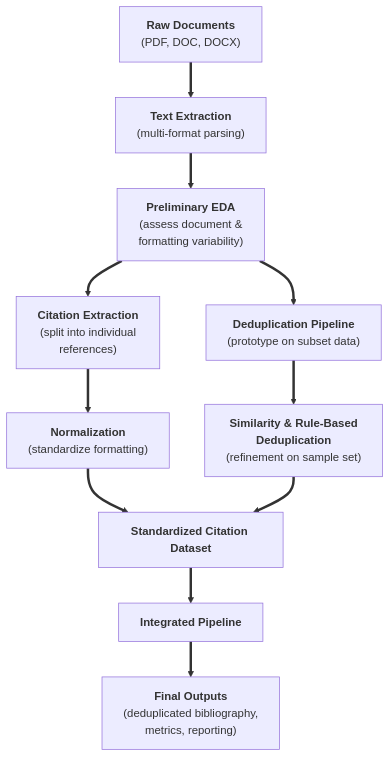
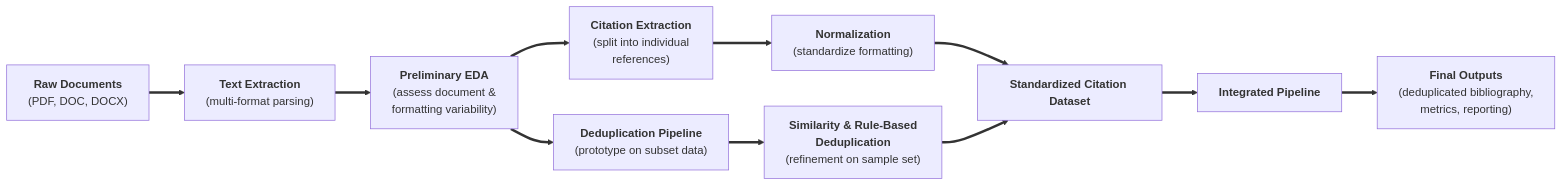
The diagram in README.md (sed4kq/Youth-Nex-Capstone), drawn with Mermaid before and after one commit.

Commit message:
Change flowchart direction from TB to LR
Updated flowchart direction from TB to LR.

````diff
--- a/README.md
+++ b/README.md
@@ -4,22 +4,22 @@
 ```mermaid
-flowchart TB
+flowchart LR
 
 A["<b>Raw Documents</b><br/>(PDF, DOC, DOCX)"] ==> B["<b>Text Extraction</b><br/>(multi-format parsing)"]
 
 B ==> C["<b>Preliminary EDA</b><br/>(assess document &<br/>formatting variability)"]
 
 C ==> D["<b>Citation Extraction</b><br/>(split into individual<br/>references)"]
 D ==> N["<b>Normalization</b><br/>(standardize formatting)"]
 
 %% Parallel development track
 C ==> E["<b>Deduplication Pipeline</b><br/>(prototype on subset data)"]
 E ==> F["<b>Similarity & Rule-Based<br/>Deduplication</b><br/>(refinement on sample set)"]
 
 %% Integration step
 N ==> G["<b>Standardized Citation Dataset</b>"]
 F ==> G
 
 G ==> H["<b>Integrated Pipeline</b>"]
 
 H ==> I["<b>Final Outputs</b><br/>(deduplicated bibliography,<br/>metrics, reporting)"]
 ```
````
